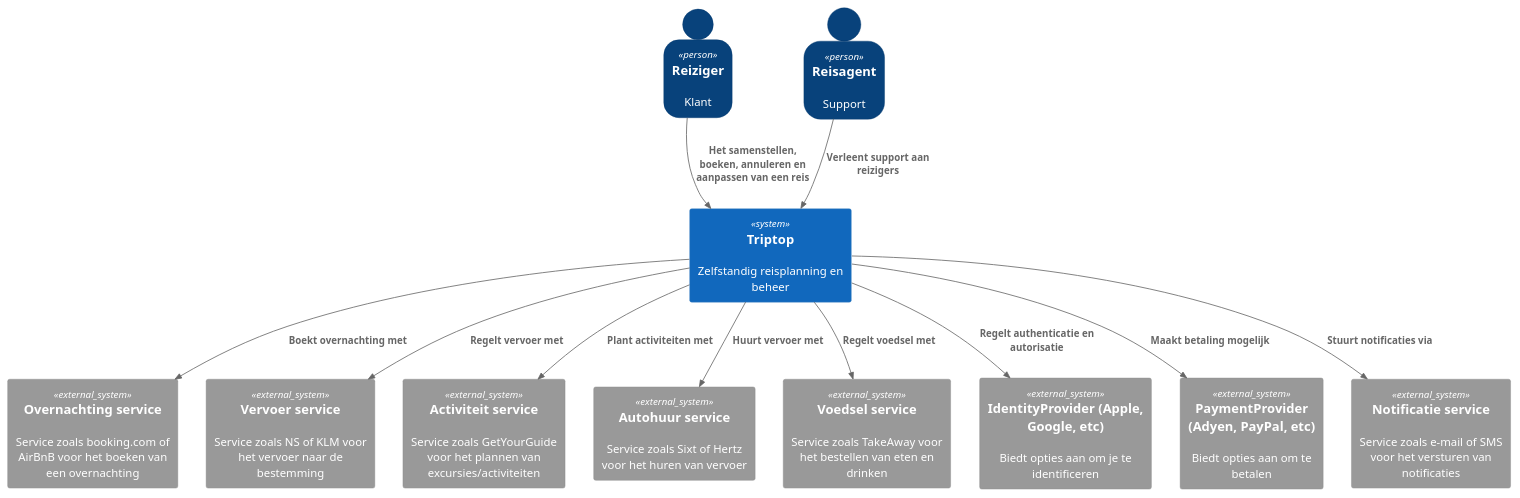
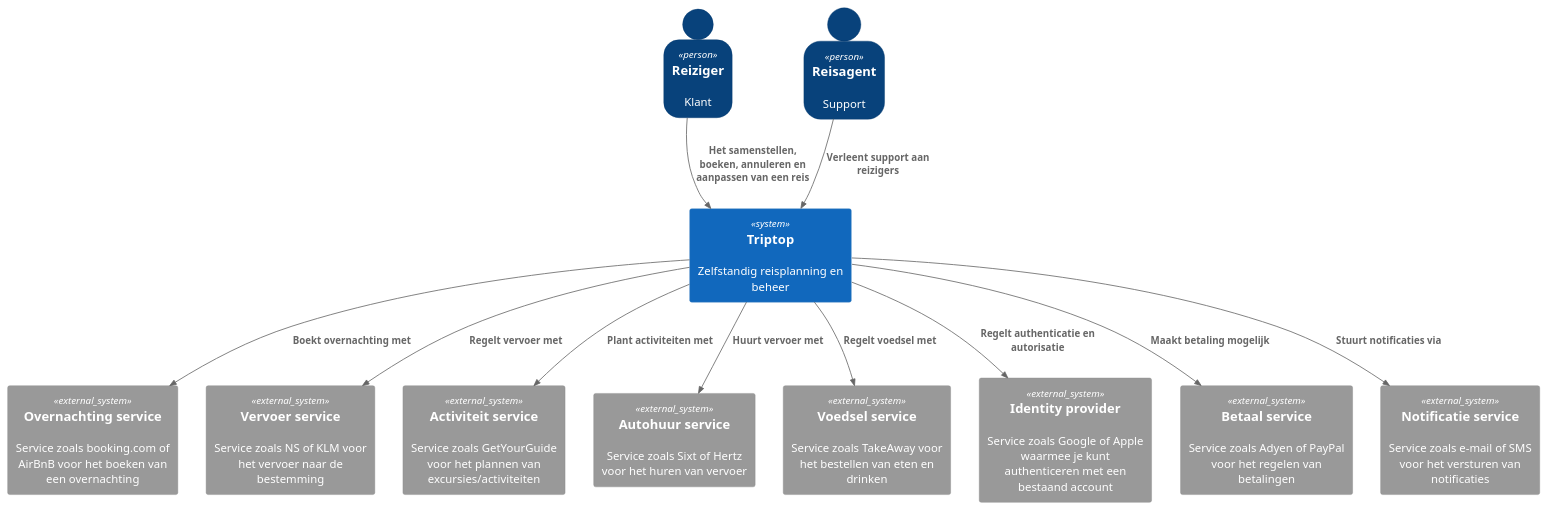
Before and after one commit to AIM-ENE-feb25/triptop-de-broederbond-fgs: the diagram in groeps-uitwerkingen/week1/diagrammen/context/context-diagram.puml, drawn with PlantUML.

Commit message:
Update context-diagram.puml
De namen kwamen niet overeen met het containerdiagram.

```diff
--- a/groeps-uitwerkingen/week1/diagrammen/context/context-diagram.puml
+++ b/groeps-uitwerkingen/week1/diagrammen/context/context-diagram.puml
@@ -1,33 +1,33 @@
 @startuml
 
 !include  https://raw.githubusercontent.com/plantuml-stdlib/C4-PlantUML/master/C4_Container.puml
 
 SHOW_PERSON_OUTLINE()
 
 Person("Reiziger", "Reiziger", "Klant")
 Person("Reisagent", "Reisagent", "Support")
 
 System("Triptop", "Triptop", "Zelfstandig reisplanning en beheer")
 
 Rel("Reiziger", "Triptop", "Het samenstellen, boeken, annuleren en aanpassen van een reis")
 Rel("Reisagent", "Triptop", "Verleent support aan reizigers")
 
 System_Ext("OvernachtingService", "Overnachting service", "Service zoals booking.com of AirBnB voor het boeken van een overnachting")
 System_Ext("VervoerService", "Vervoer service", "Service zoals NS of KLM voor het vervoer naar de bestemming")
 System_Ext("ActiviteitService", "Activiteit service", "Service zoals GetYourGuide voor het plannen van excursies/activiteiten")
 System_Ext("AutohuurService", "Autohuur service", "Service zoals Sixt of Hertz voor het huren van vervoer")
 System_Ext("VoedselService", "Voedsel service", "Service zoals TakeAway voor het bestellen van eten en drinken")
-System_Ext("IdentityProvider","IdentityProvider (Apple, Google, etc)", "Biedt opties aan om je te identificeren")
-System_Ext("PaymentProvider","PaymentProvider (Adyen, PayPal, etc)", "Biedt opties aan om te betalen")
+System_Ext("IdentityProvider","Identity provider", "Service zoals Google of Apple waarmee je kunt authenticeren met een bestaand account")
+System_Ext("PaymentProvider","Betaal service", "Service zoals Adyen of PayPal voor het regelen van betalingen")
 System_Ext("NotificatieService", "Notificatie service", "Service zoals e-mail of SMS voor het versturen van notificaties")
 
 Rel("Triptop", "OvernachtingService", "Boekt overnachting met")
 Rel("Triptop", "VervoerService", "Regelt vervoer met")
 Rel("Triptop", "ActiviteitService", "Plant activiteiten met")
 Rel("Triptop", "AutohuurService", "Huurt vervoer met")
 Rel("Triptop", "VoedselService", "Regelt voedsel met")
 Rel("Triptop", "PaymentProvider", "Maakt betaling mogelijk")
 Rel("Triptop", "IdentityProvider", "Regelt authenticatie en autorisatie")
 Rel("Triptop", "NotificatieService", "Stuurt notificaties via")
 
 @enduml
```
